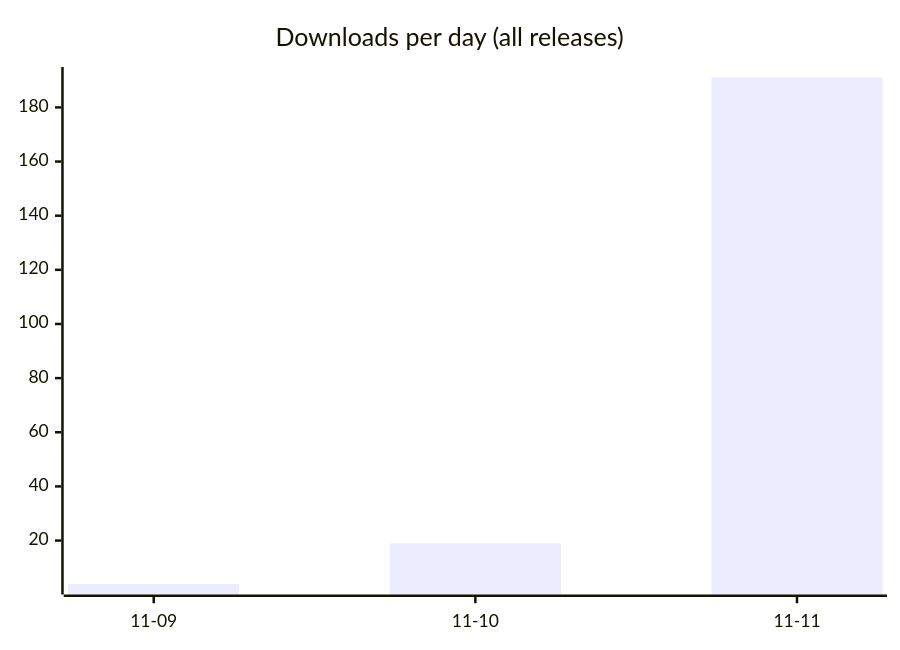
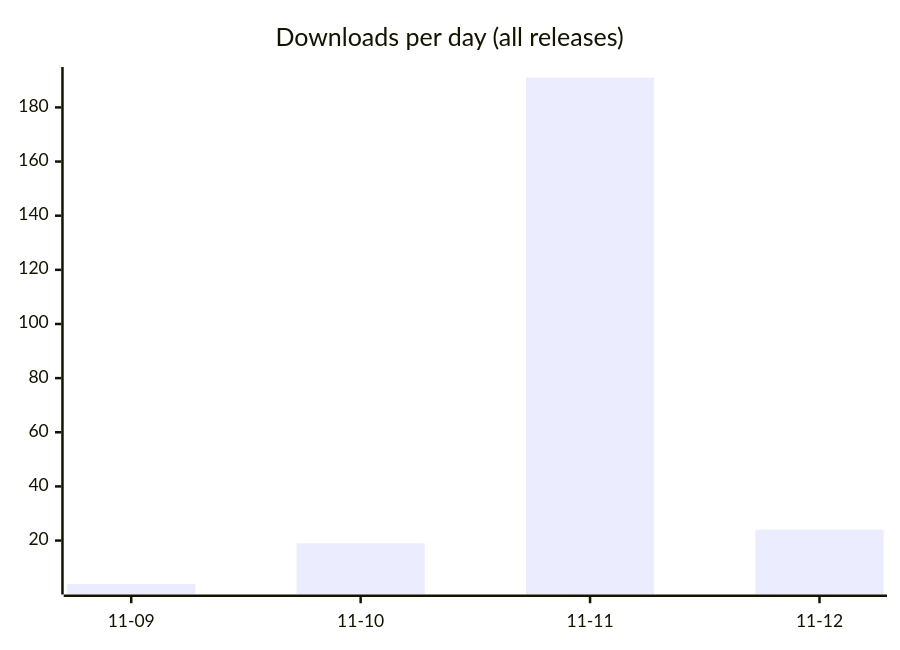
The first of 2 diagrams in README.md (fmadore/Live-translation), drawn with Mermaid before and after one commit. The commit also changed other lines of this file and 3 other files, not shown here.

````diff
--- a/README.md
+++ b/README.md
@@ -53,6 +54,6 @@
 ```mermaid
 xychart-beta
     title "Downloads per day (all releases)"
-    x-axis ["11-09", "11-10", "11-11"]
-    bar [4, 19, 191]
+    x-axis ["11-09", "11-10", "11-11", "11-12"]
+    bar [4, 19, 191, 24]
 ```
````
